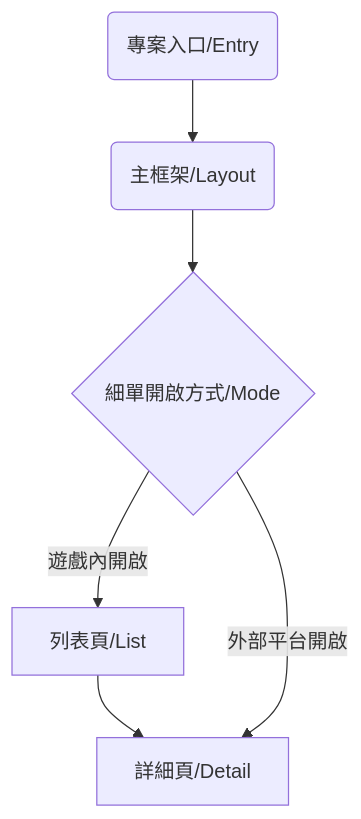
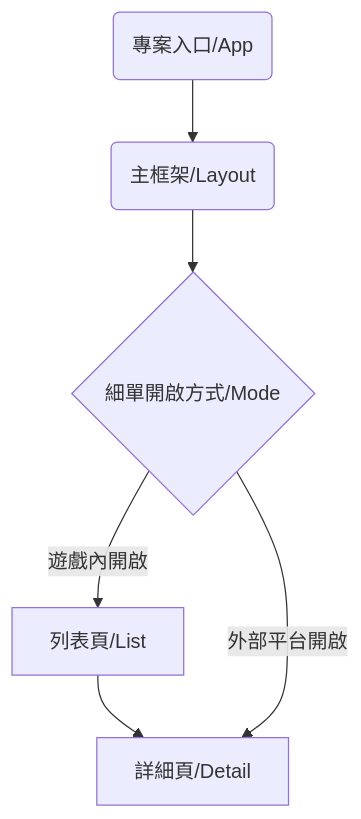
The diagram in README.md (kaichiang1991/GameResult), drawn with Mermaid before and after one commit. The commit also changed other lines of this file and 15 other files, not shown here.

````diff
--- a/README.md
+++ b/README.md
@@ -13,8 +13,8 @@
 ```mermaid
 graph TD
-    A(專案入口/Entry) --> B(主框架/Layout)
+    A(專案入口/App) --> B(主框架/Layout)
     B --> C{細單開啟方式/Mode}
     C -->|遊戲內開啟| D[列表頁/List]
     D --> E[詳細頁/Detail]
     C -->|外部平台開啟| E
 ```
````
